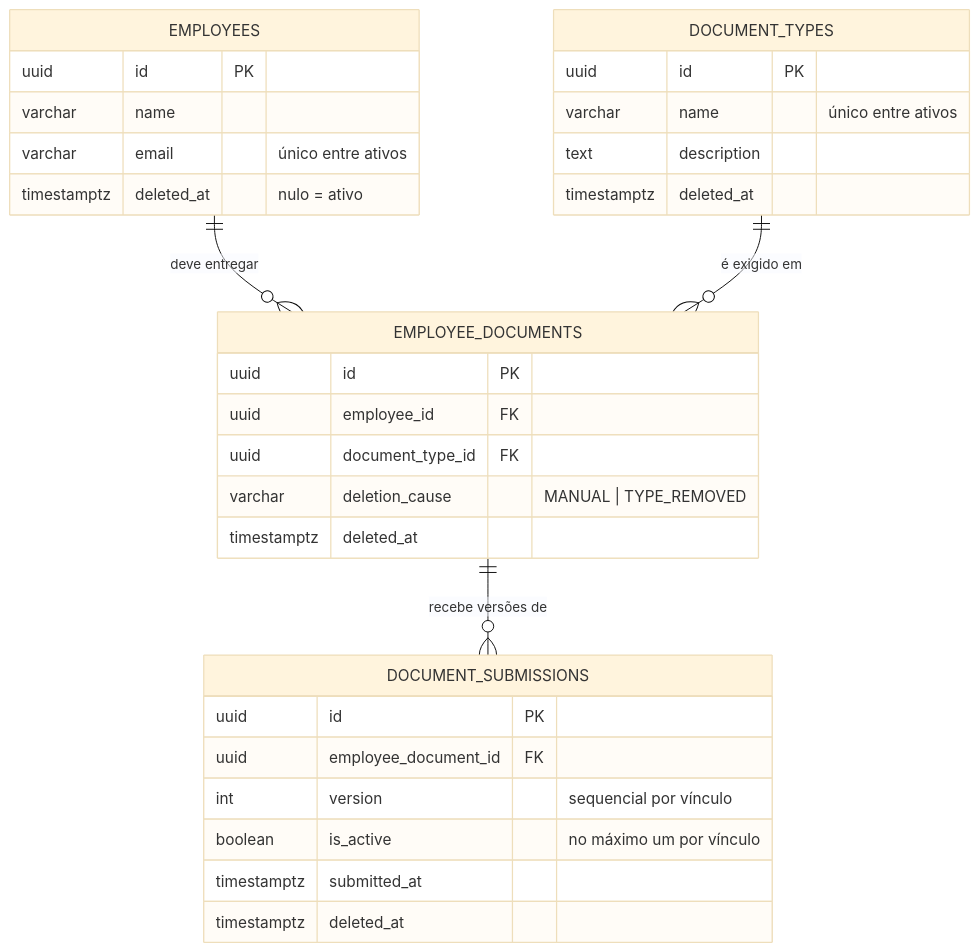
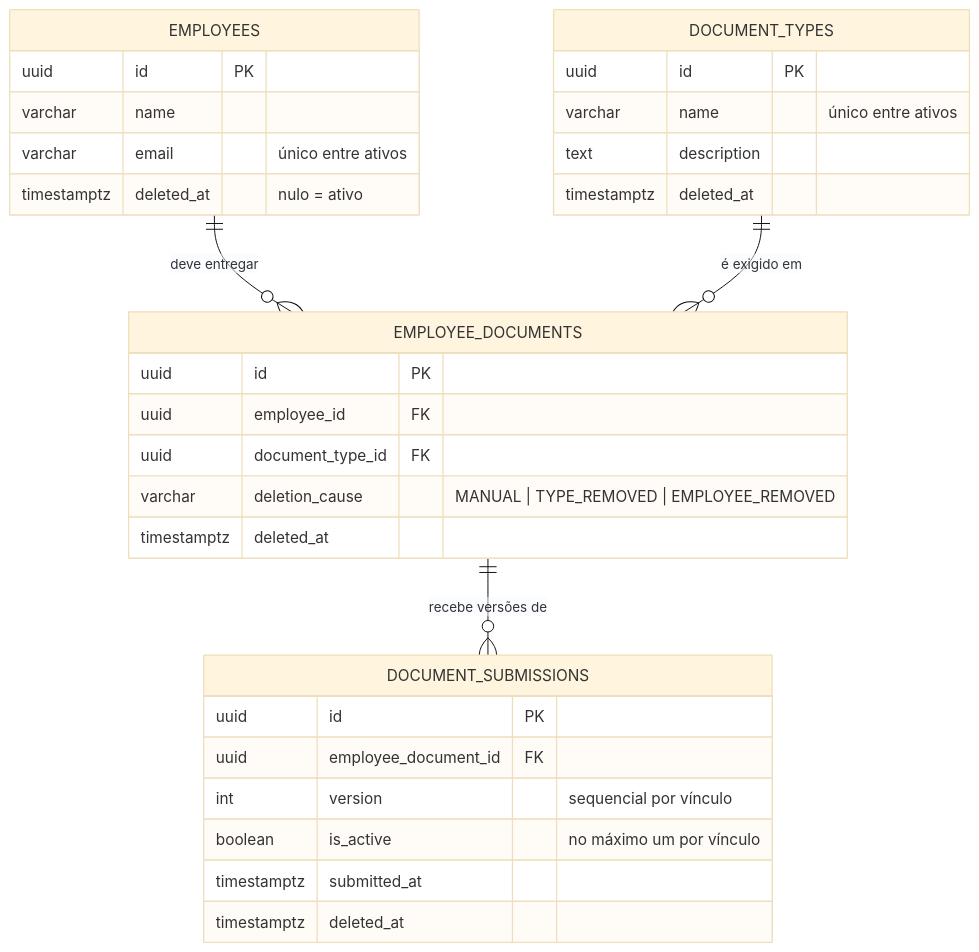
Before and after one commit to Alex-Farias/test-inmeta: the diagram in specs/design.md, drawn with Mermaid (base theme). The commit also changed other lines of this file and 4 other files, not shown here.

````diff
--- a/specs/design.md
+++ b/specs/design.md
@@ -19,34 +19,34 @@
 ```mermaid
 erDiagram
     EMPLOYEES ||--o{ EMPLOYEE_DOCUMENTS : "deve entregar"
     DOCUMENT_TYPES ||--o{ EMPLOYEE_DOCUMENTS : "é exigido em"
     EMPLOYEE_DOCUMENTS ||--o{ DOCUMENT_SUBMISSIONS : "recebe versões de"
 
     EMPLOYEES {
         uuid id PK
         varchar name
         varchar email "único entre ativos"
         timestamptz deleted_at "nulo = ativo"
     }
     DOCUMENT_TYPES {
         uuid id PK
         varchar name "único entre ativos"
         text description
         timestamptz deleted_at
     }
     EMPLOYEE_DOCUMENTS {
         uuid id PK
         uuid employee_id FK
         uuid document_type_id FK
-        varchar deletion_cause "MANUAL | TYPE_REMOVED"
+        varchar deletion_cause "MANUAL | TYPE_REMOVED | EMPLOYEE_REMOVED"
         timestamptz deleted_at
     }
     DOCUMENT_SUBMISSIONS {
         uuid id PK
         uuid employee_document_id FK
         int version "sequencial por vínculo"
         boolean is_active "no máximo um por vínculo"
         timestamptz submitted_at
         timestamptz deleted_at
     }
 ```
````
